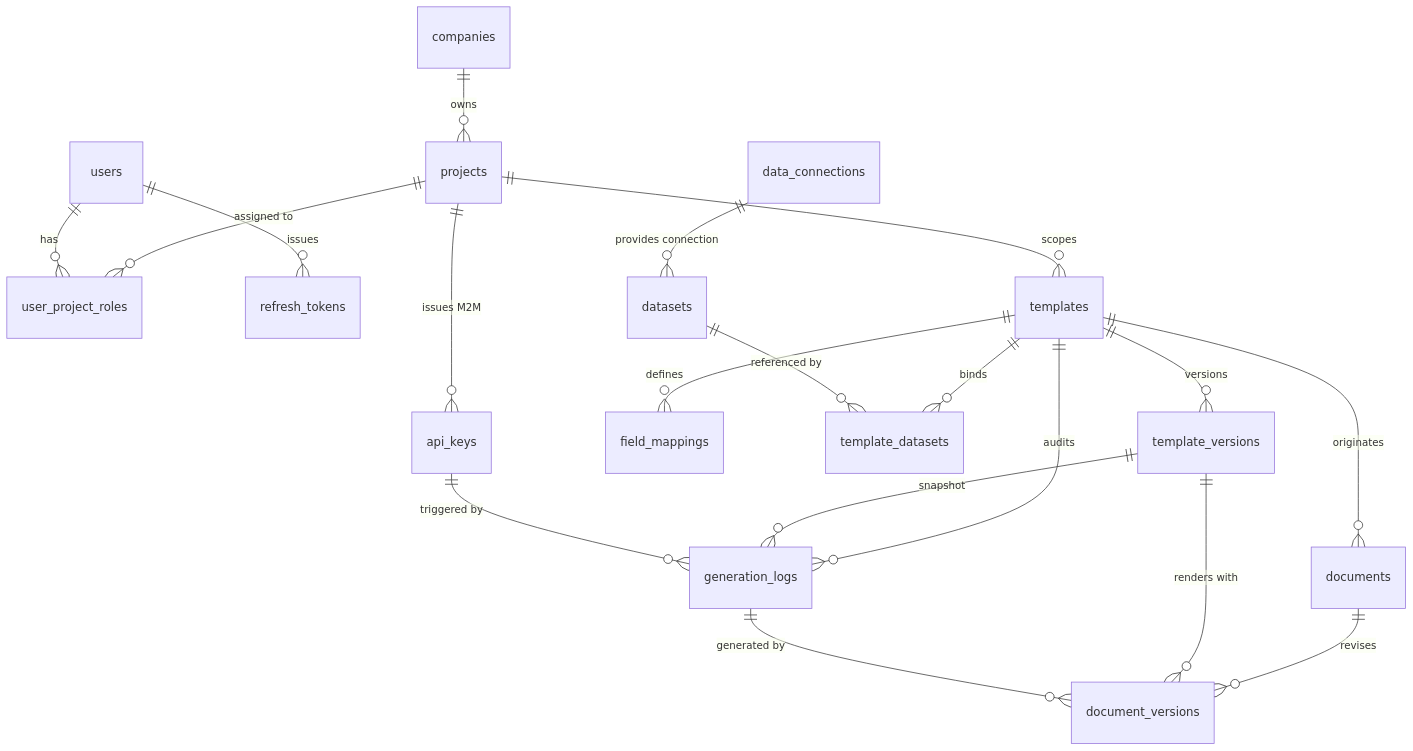
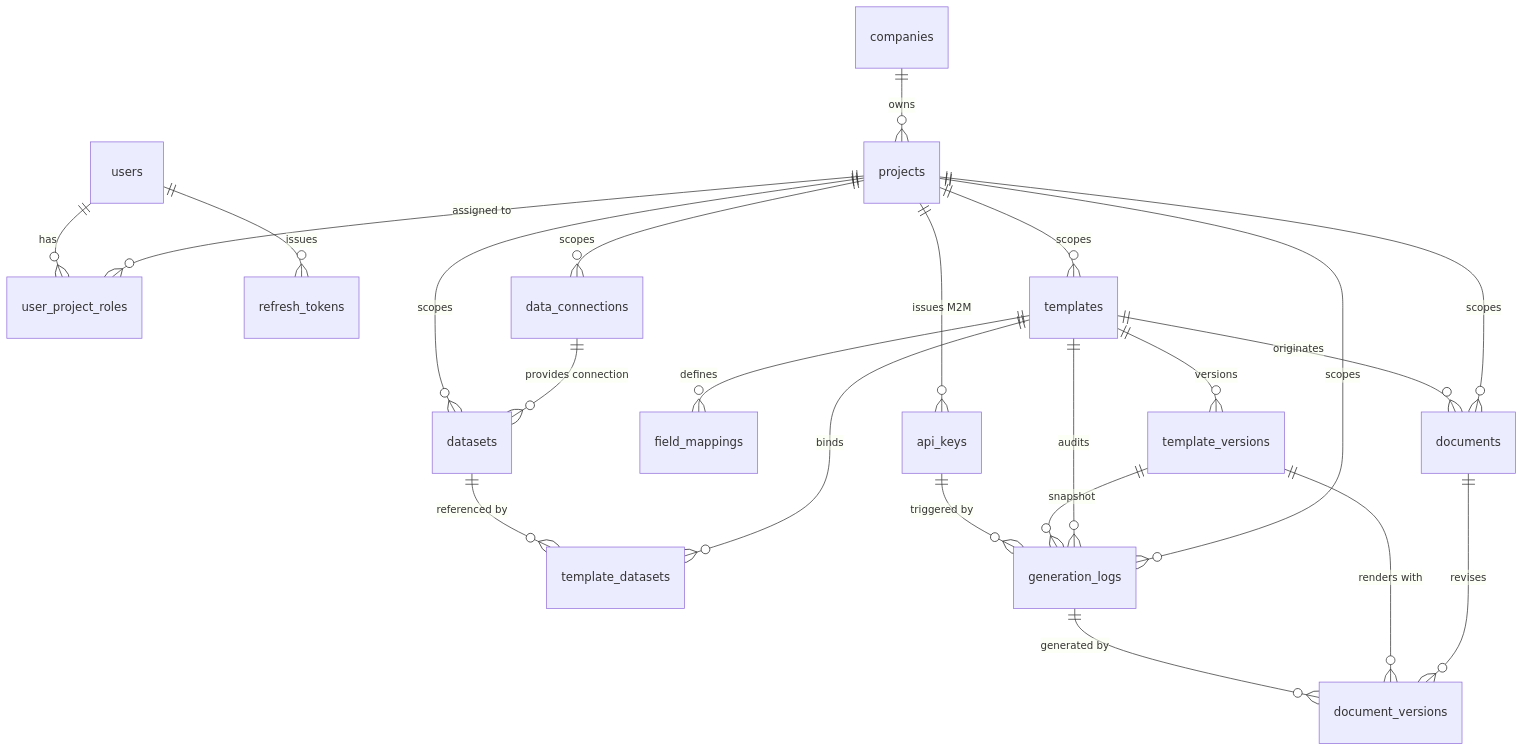
The diagram in docs/AI/01_backend/persistence.md (suang05/doc_template), drawn with Mermaid before and after one commit. The commit also changed other lines of this file and 9 other files, not shown here.

Commit message:
docs: add comprehensive backend blueprints and architectural design documentation

````diff
--- a/docs/AI/01_backend/persistence.md
+++ b/docs/AI/01_backend/persistence.md
@@ -64,24 +64,28 @@
 ```mermaid
 erDiagram
     companies ||--o{ projects : "owns"
     projects ||--o{ user_project_roles : "assigned to"
     users ||--o{ user_project_roles : "has"
     users ||--o{ refresh_tokens : "issues"
 
     projects ||--o{ templates : "scopes"
     templates ||--o{ template_versions : "versions"
     templates ||--o{ field_mappings : "defines"
     templates ||--o{ template_datasets : "binds"
 
     data_connections ||--o{ datasets : "provides connection"
     datasets ||--o{ template_datasets : "referenced by"
 
     projects ||--o{ api_keys : "issues M2M"
+    projects ||--o{ data_connections : "scopes"
+    projects ||--o{ datasets : "scopes"
+    projects ||--o{ generation_logs : "scopes"
+    projects ||--o{ documents : "scopes"
     templates ||--o{ generation_logs : "audits"
     template_versions ||--o{ generation_logs : "snapshot"
     api_keys ||--o{ generation_logs : "triggered by"
     templates ||--o{ documents : "originates"
     documents ||--o{ document_versions : "revises"
     template_versions ||--o{ document_versions : "renders with"
     generation_logs ||--o{ document_versions : "generated by"
 ```
````
